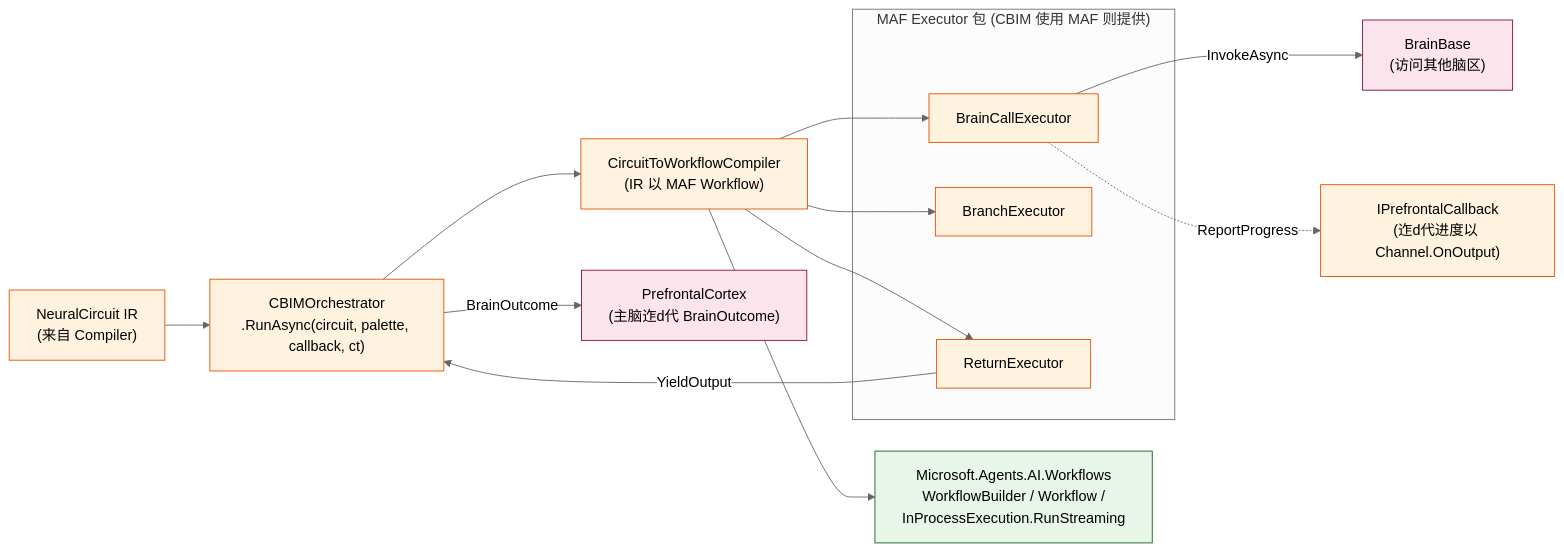
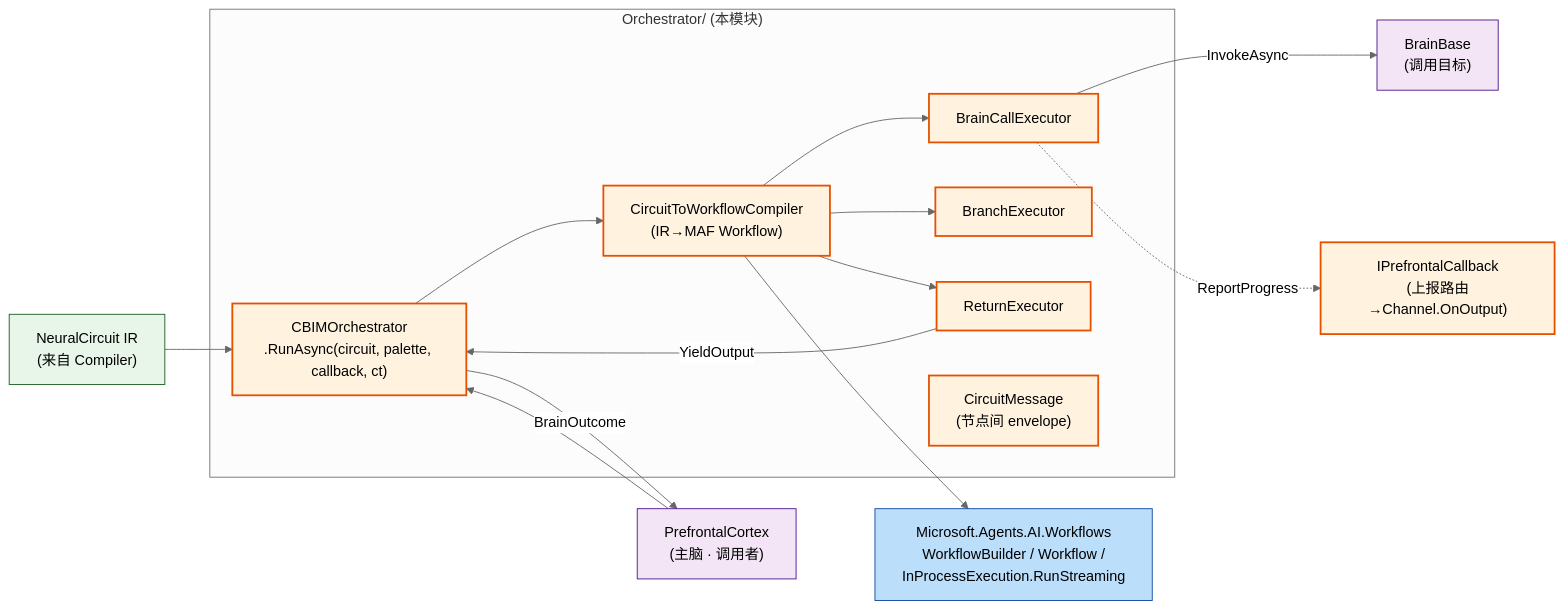
One commit to nan023062/agent-team-cc changed the first of 3 diagrams in v2/cbim/Assets/CBIM/Agent/Kernel/Synapse/Orchestrator/.dna/module.md. Above: the diagram before and after it, drawn with Mermaid (neutral theme). The commit also changed other lines of this file and 14 other files, not shown here.

First line of the commit message:
docs(v2): diagrams-first rewrite for all 15 module .dna files

````diff
--- a/v2/cbim/Assets/CBIM/Agent/Kernel/Synapse/Orchestrator/.dna/module.md
+++ b/v2/cbim/Assets/CBIM/Agent/Kernel/Synapse/Orchestrator/.dna/module.md
@@ -154,39 +19,41 @@
 ```mermaid
 flowchart LR
-    classDef cbim   fill:#fff3e0,stroke:#e65100,color:#000;
-    classDef maf    fill:#e8f5e9,stroke:#1b5e20,color:#000;
-    classDef brain  fill:#fce4ec,stroke:#880e4f,color:#000;
+    classDef cbim  fill:#fff3e0,stroke:#e65100,stroke-width:2px,color:#000;
+    classDef cmp   fill:#e8f5e9,stroke:#1b5e20,color:#000;
+    classDef brain fill:#f3e5f5,stroke:#4a148c,color:#000;
+    classDef maf   fill:#bbdefb,stroke:#0d47a1,color:#000;
 
     IR["NeuralCircuit IR\n(来自 Compiler)"]
-    ORC["CBIMOrchestrator\n.RunAsync(circuit, palette, callback, ct)"]
-    C2W["CircuitToWorkflowCompiler\n(IR 以 MAF Workflow)"]
 
-    subgraph EXEC ["MAF Executor 包 (CBIM 使用 MAF 则提供)"]
+    subgraph ORC ["Orchestrator/ (本模块)"]
+        FAC["CBIMOrchestrator\n.RunAsync(circuit, palette, callback, ct)"]
+        C2W["CircuitToWorkflowCompiler\n(IR→MAF Workflow)"]
         BCE["BrainCallExecutor"]
         BRE["BranchExecutor"]
         RTE["ReturnExecutor"]
+        MSG["CircuitMessage\n(节点间 envelope)"]
     end
 
     MAF["Microsoft.Agents.AI.Workflows\nWorkflowBuilder / Workflow /\nInProcessExecution.RunStreaming"]
+    BB["BrainBase\n(调用目标)"]
+    PFC["PrefrontalCortex\n(主脑 · 调用者)"]
+    CB["IPrefrontalCallback\n(上报路由→Channel.OnOutput)"]
 
-    PFC["PrefrontalCortex\n(主脑迮d代 BrainOutcome)"]
-    CB["BrainBase\n(访问其他脑区)"]
-    CHCB["IPrefrontalCallback\n(迮d代进度以 Channel.OnOutput)"]
-
-    IR --> ORC
-    ORC --> C2W
+    PFC --> FAC
+    IR --> FAC
+    FAC --> C2W
     C2W --> BCE
     C2W --> BRE
     C2W --> RTE
     C2W --> MAF
-    BCE -- InvokeAsync --> CB
-    BCE -. ReportProgress .-> CHCB
-    RTE -- YieldOutput --> ORC
-    ORC -- BrainOutcome --> PFC
+    BCE -- InvokeAsync --> BB
+    BCE -. ReportProgress .-> CB
+    RTE -- YieldOutput --> FAC
+    FAC -- BrainOutcome --> PFC
 
-    class IR cbim;
-    class ORC,C2W,BCE,BRE,RTE cbim;
+    class IR cmp;
+    class FAC,C2W,BCE,BRE,RTE,MSG cbim;
     class MAF maf;
-    class PFC,CB brain;
-    class CHCB cbim;
+    class PFC,BB brain;
+    class CB cbim;
 ```
````
